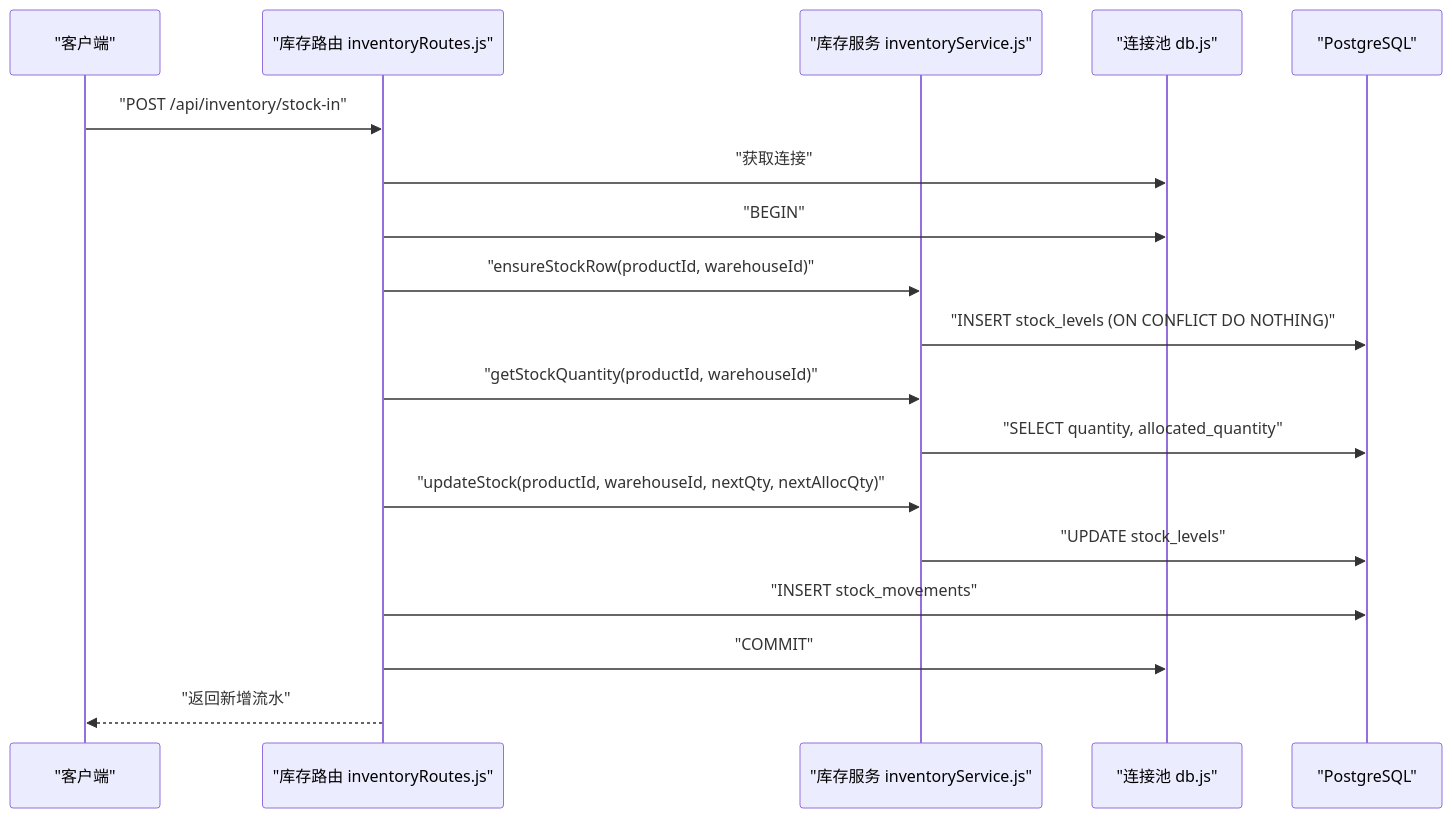
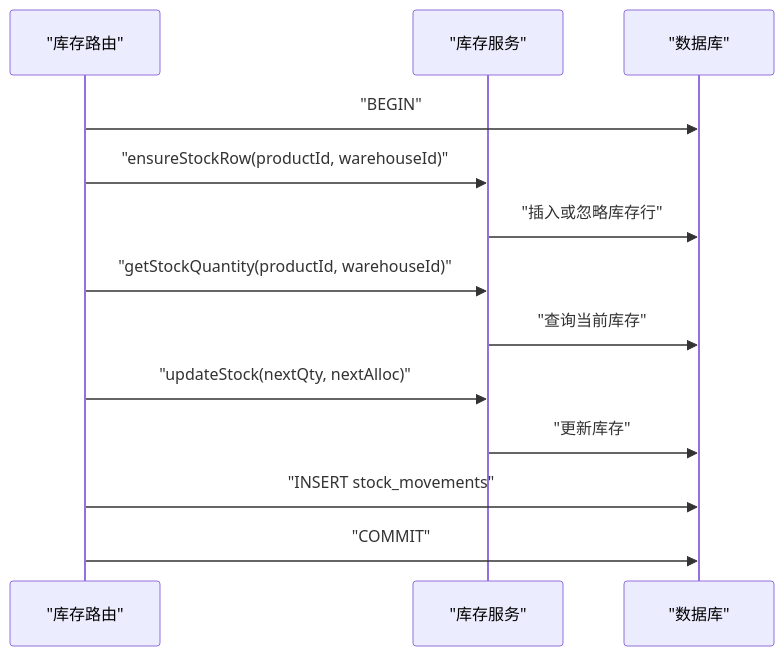
The fourth of 6 diagrams in .qoder/repowiki/zh/content/数据库设计/数据库设计.md (Juny09/inventory_system), drawn with Mermaid before and after one commit. The commit also changed other lines of this file and 171 other files, not shown here.

````diff
--- a/.qoder/repowiki/zh/content/数据库设计/数据库设计.md
+++ b/.qoder/repowiki/zh/content/数据库设计/数据库设计.md
@@ -556,20 +471,15 @@
 ```mermaid
 sequenceDiagram
-participant C as "客户端"
-participant R as "库存路由 inventoryRoutes.js"
-participant S as "库存服务 inventoryService.js"
-participant P as "连接池 db.js"
-participant DB as "PostgreSQL"
-C->>R : "POST /api/inventory/stock-in"
-R->>P : "获取连接"
-R->>P : "BEGIN"
-R->>S : "ensureStockRow(productId, warehouseId)"
-S->>DB : "INSERT stock_levels (ON CONFLICT DO NOTHING)"
-R->>S : "getStockQuantity(productId, warehouseId)"
-S->>DB : "SELECT quantity, allocated_quantity"
-R->>S : "updateStock(productId, warehouseId, nextQty, nextAllocQty)"
-S->>DB : "UPDATE stock_levels"
-R->>DB : "INSERT stock_movements"
-R->>P : "COMMIT"
-R-->>C : "返回新增流水"
+participant Route as "库存路由"
+participant Svc as "库存服务"
+participant DB as "数据库"
+Route->>DB : "BEGIN"
+Route->>Svc : "ensureStockRow(productId, warehouseId)"
+Svc->>DB : "插入或忽略库存行"
+Route->>Svc : "getStockQuantity(productId, warehouseId)"
+Svc->>DB : "查询当前库存"
+Route->>Svc : "updateStock(nextQty, nextAlloc)"
+Svc->>DB : "更新库存"
+Route->>DB : "INSERT stock_movements"
+Route->>DB : "COMMIT"
 ```
````
